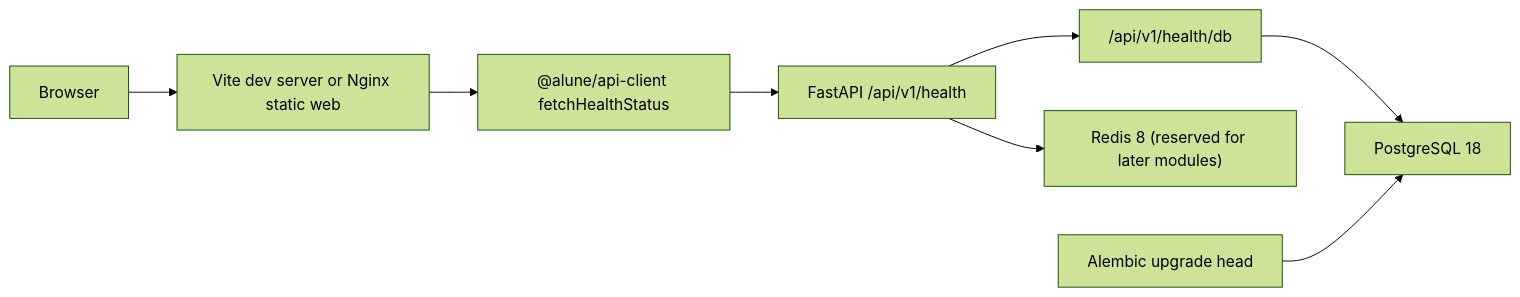
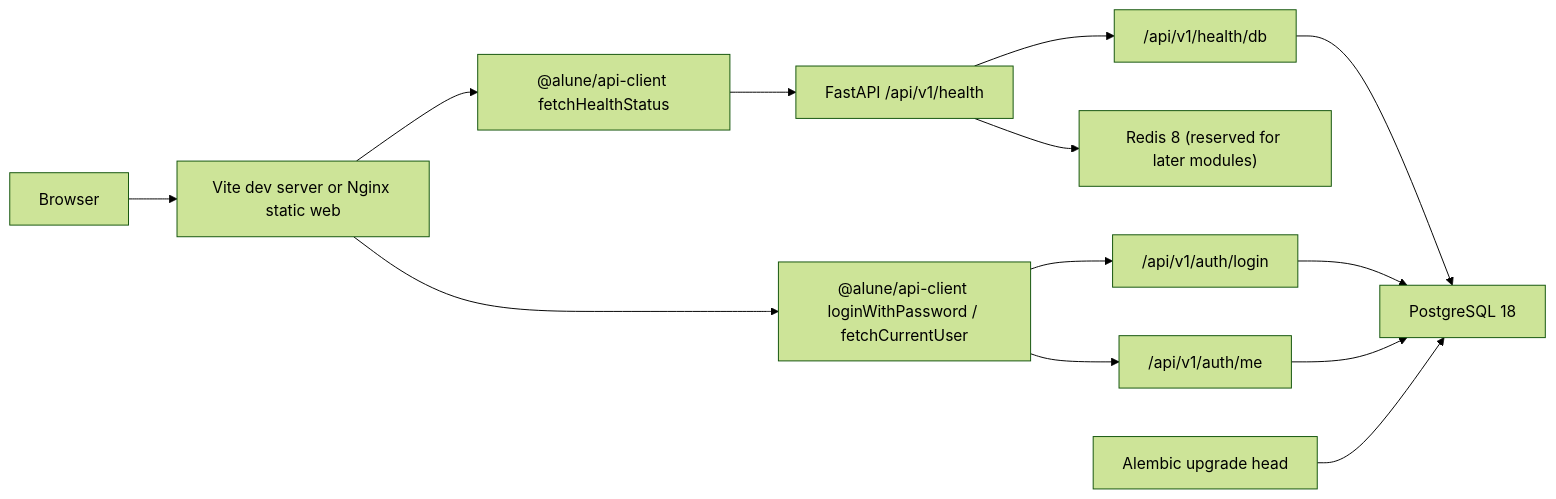
Before and after one commit to alune1212/alune: the diagram in docs/architecture.md, drawn with Mermaid (forest theme). The commit also changed other lines of this file and 46 other files, not shown here.

````diff
--- a/docs/architecture.md
+++ b/docs/architecture.md
@@ -64,10 +66,15 @@
 ```mermaid
 flowchart LR
   Browser["Browser"] --> Web["Vite dev server or Nginx static web"]
   Web --> HealthClient["@alune/api-client fetchHealthStatus"]
+  Web --> AuthClient["@alune/api-client loginWithPassword / fetchCurrentUser"]
   HealthClient --> API["FastAPI /api/v1/health"]
+  AuthClient --> Login["/api/v1/auth/login"]
+  AuthClient --> Me["/api/v1/auth/me"]
   API --> DBCheck["/api/v1/health/db"]
   DBCheck --> Postgres["PostgreSQL 18"]
+  Login --> Postgres
+  Me --> Postgres
   API --> Redis["Redis 8 (reserved for later modules)"]
   Alembic["Alembic upgrade head"] --> Postgres
 ```
````
